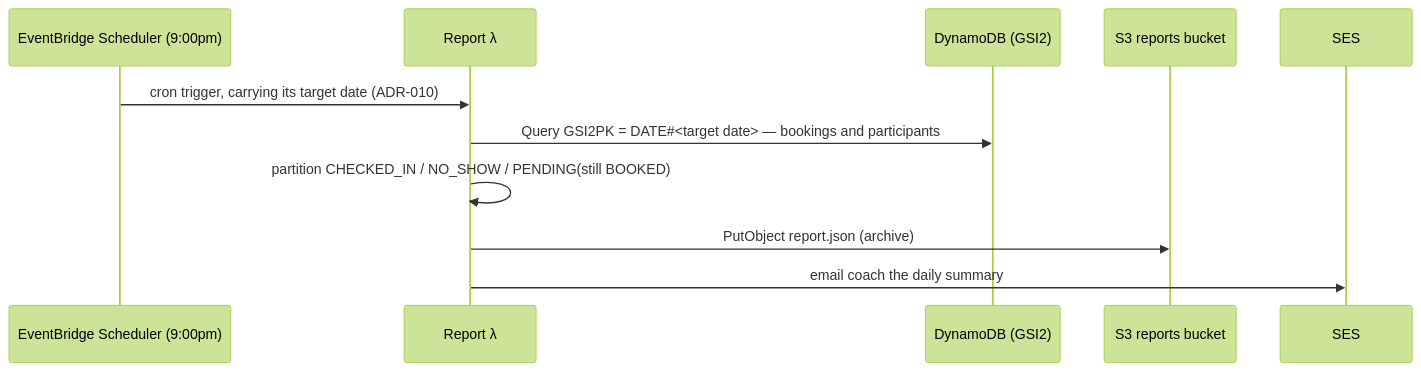
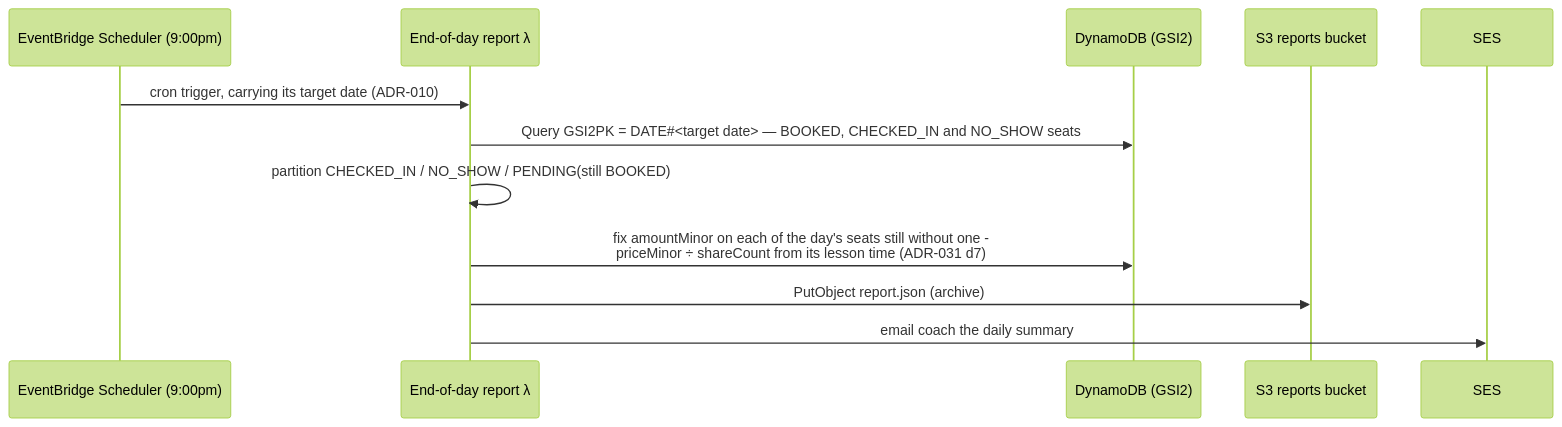
The ninth of 23 diagrams in docs/architecture.md (jessicamvega6/bladebook), drawn with Mermaid (forest theme) before and after one commit. The commit also changed other lines of this file and 26 other files, not shown here.

First line of the commit message:
Design doc updates: diagrams synced, shared-lesson and leave rules

````diff
--- a/docs/architecture.md
+++ b/docs/architecture.md
@@ -758,13 +958,14 @@
 ```mermaid
 sequenceDiagram
     participant Sch as EventBridge Scheduler (9:00pm)
-    participant Rep as Report λ
+    participant Rep as End-of-day report λ
     participant DB as DynamoDB (GSI2)
     participant S3 as S3 reports bucket
     participant SES as SES
     Sch->>Rep: cron trigger, carrying its target date (ADR-010)
-    Rep->>DB: Query GSI2PK = DATE#35;<target date> — bookings and participants
+    Rep->>DB: Query GSI2PK = DATE#35;<target date> — BOOKED, CHECKED_IN and NO_SHOW seats
     Rep->>Rep: partition CHECKED_IN / NO_SHOW / PENDING(still BOOKED)
+    Rep->>DB: fix amountMinor on each of the day's seats still without one -<br/>priceMinor ÷ shareCount from its lesson time (ADR-031 d7)
     Rep->>S3: PutObject report.json (archive)
     Rep->>SES: email coach the daily summary
 ```
````
